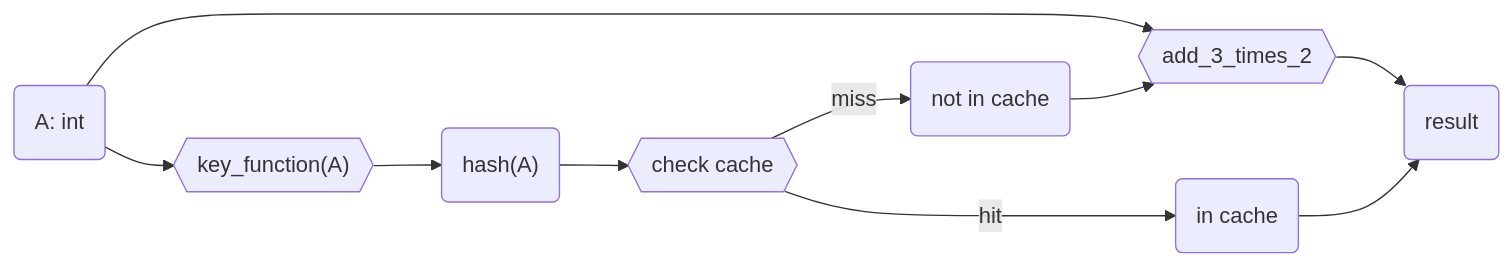
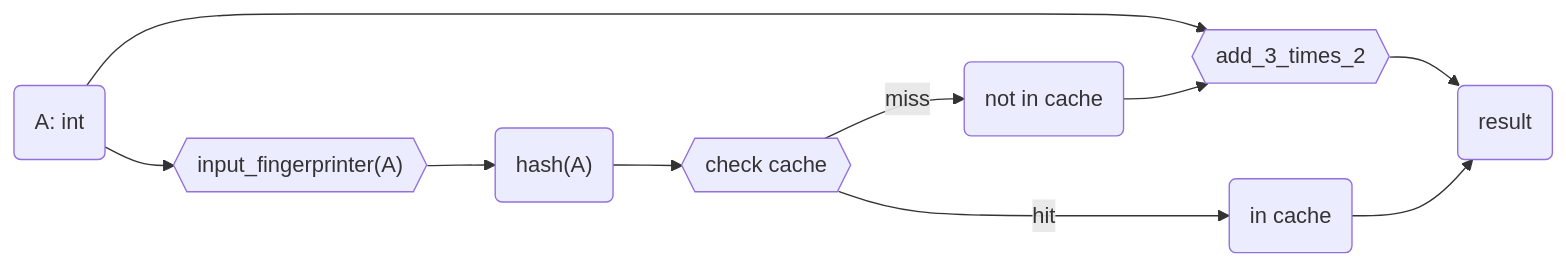
Before and after one commit to GridTools/gt4py: the third of 6 diagrams in docs/user/next/advanced/WorkflowPatterns.md, drawn with Mermaid. The commit also changed other lines of this file, not shown here.

````diff
--- a/docs/user/next/advanced/WorkflowPatterns.md
+++ b/docs/user/next/advanced/WorkflowPatterns.md
@@ -151,8 +151,8 @@
 ```mermaid
 graph LR
 
 
 inp --> calc
-inp(A: int) --> ha{{"key_function(A)"}} --> h("hash(A)") --> ck{{"check cache"}} -->|miss| miss("not in cache") --> calc{{add_3_times_2}} --> out(result)
+inp(A: int) --> ha{{"input_fingerprinter(A)"}} --> h("hash(A)") --> ck{{"check cache"}} -->|miss| miss("not in cache") --> calc{{add_3_times_2}} --> out(result)
 ck -->|hit| hit("in cache") --> out
 ```
````
